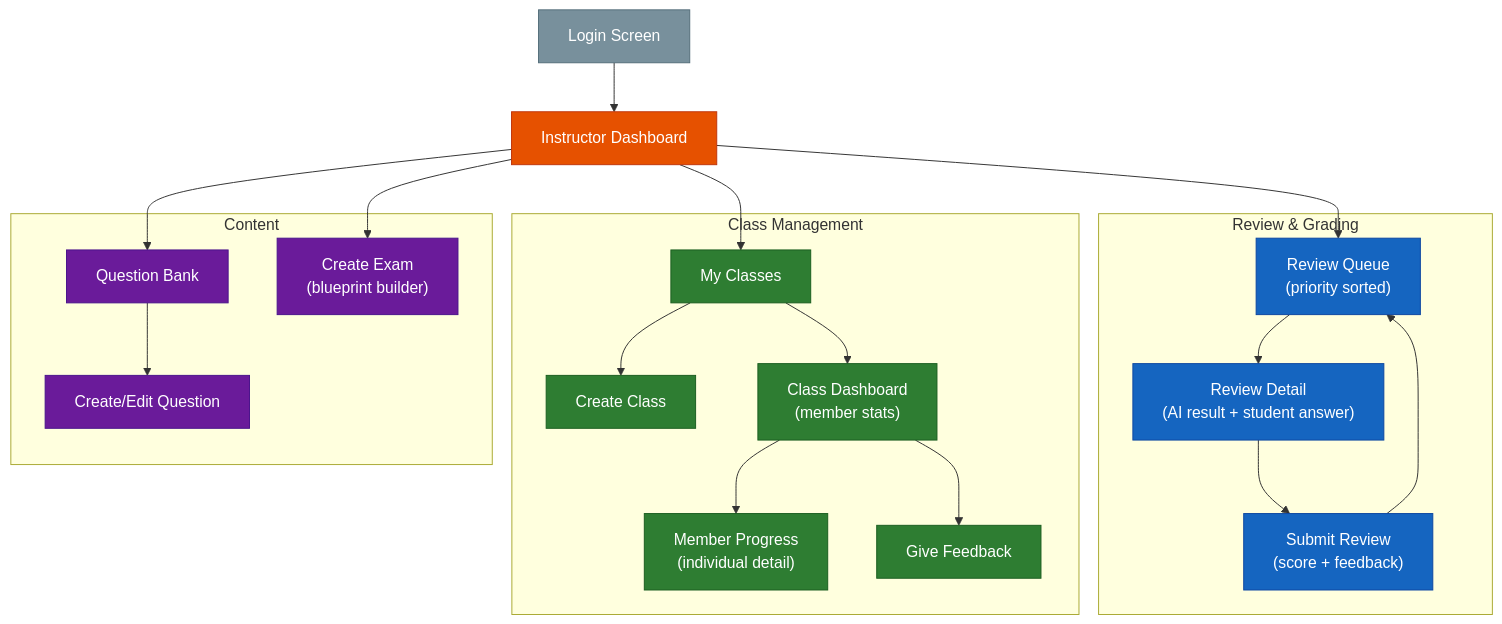
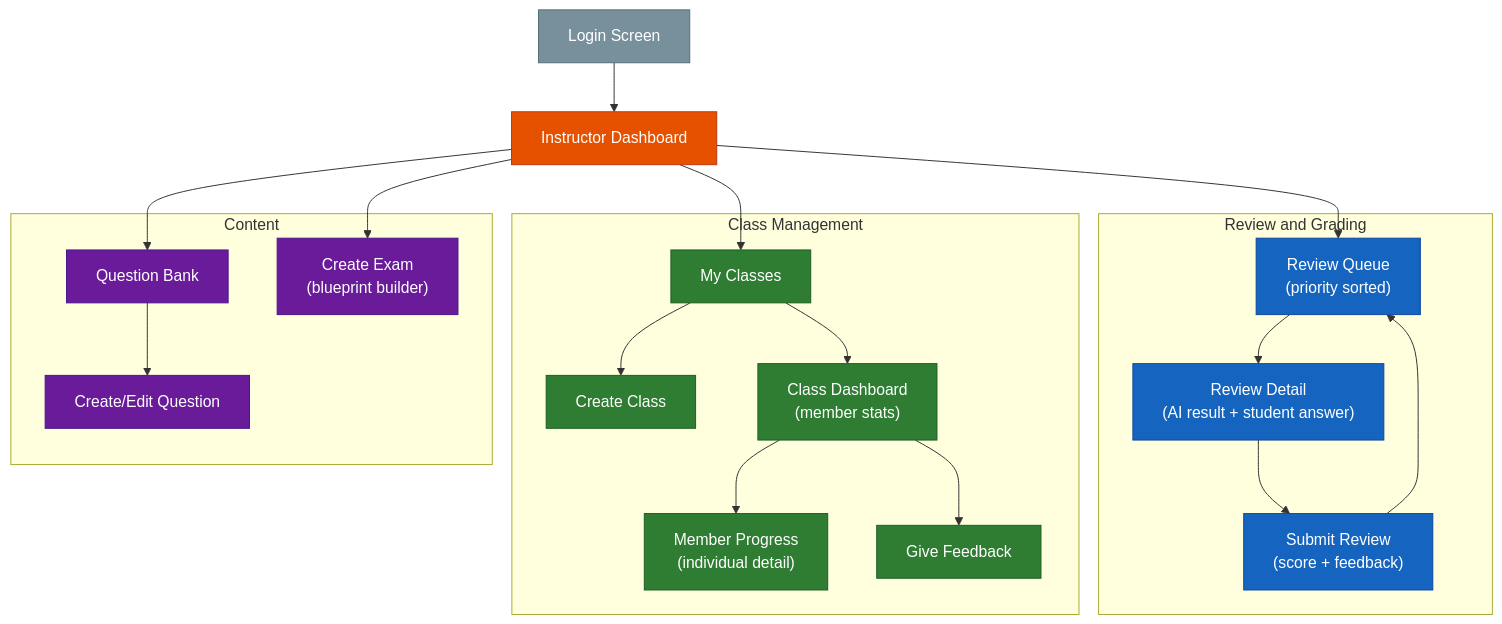
Before and after one commit to nghyane/VSTEP: the sixth of 13 diagrams in docs/capstone/reports/ENG/report3-software-requirement-specification.md, drawn with Mermaid. The commit also changed other lines of this file, not shown here.

First line of the commit message:
docs: fix Mermaid GitHub rendering — reserved words and unicode symbols

````diff
--- a/docs/capstone/reports/ENG/report3-software-requirement-specification.md
+++ b/docs/capstone/reports/ENG/report3-software-requirement-specification.md
@@ -586,49 +586,49 @@
 ```mermaid
 flowchart TB
     Login["Login Screen"]
     Home["Instructor Dashboard"]
 
-    subgraph Review ["Review & Grading"]
+    subgraph Review ["Review and Grading"]
         ReviewQueue["Review Queue\n(priority sorted)"]
         ReviewDetail["Review Detail\n(AI result + student answer)"]
         SubmitReview["Submit Review\n(score + feedback)"]
     end
 
     subgraph ClassMgmt ["Class Management"]
         ClassList["My Classes"]
         CreateClass["Create Class"]
         ClassDashboard["Class Dashboard\n(member stats)"]
         MemberProgress["Member Progress\n(individual detail)"]
         GiveFeedback["Give Feedback"]
     end
 
     subgraph Content ["Content"]
         QuestionBank["Question Bank"]
         CreateQuestion["Create/Edit Question"]
         CreateExam["Create Exam\n(blueprint builder)"]
     end
 
     Login --> Home
     Home --> ReviewQueue --> ReviewDetail --> SubmitReview
     SubmitReview --> ReviewQueue
 
     Home --> ClassList
     ClassList --> CreateClass
     ClassList --> ClassDashboard --> MemberProgress
     ClassDashboard --> GiveFeedback
 
     Home --> QuestionBank --> CreateQuestion
     Home --> CreateExam
 
     classDef auth fill:#78909c,stroke:#546e7a,color:#fff
     classDef main fill:#e65100,stroke:#bf360c,color:#fff
     classDef review fill:#1565c0,stroke:#0d47a1,color:#fff
     classDef cls fill:#2e7d32,stroke:#1b5e20,color:#fff
     classDef content fill:#6a1b9a,stroke:#4a148c,color:#fff
 
     class Login auth
     class Home main
     class ReviewQueue,ReviewDetail,SubmitReview review
     class ClassList,CreateClass,ClassDashboard,MemberProgress,GiveFeedback cls
     class QuestionBank,CreateQuestion,CreateExam content
 ```
````
